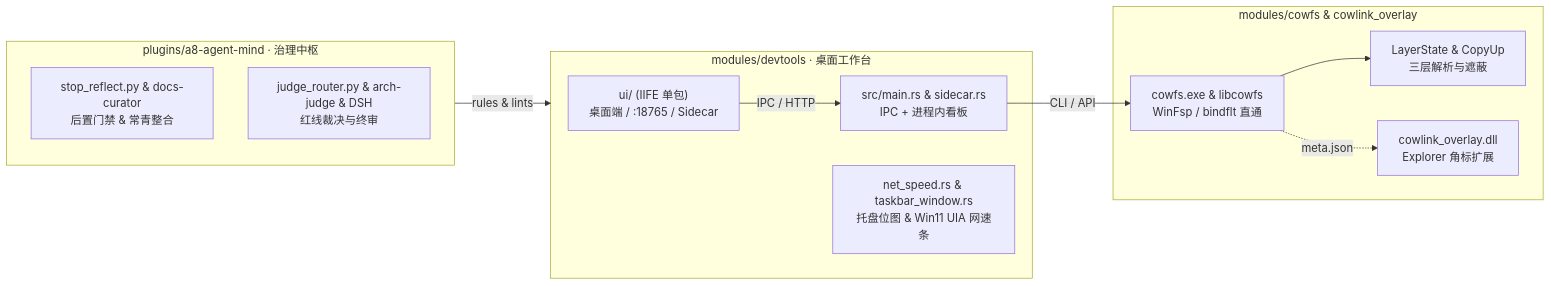
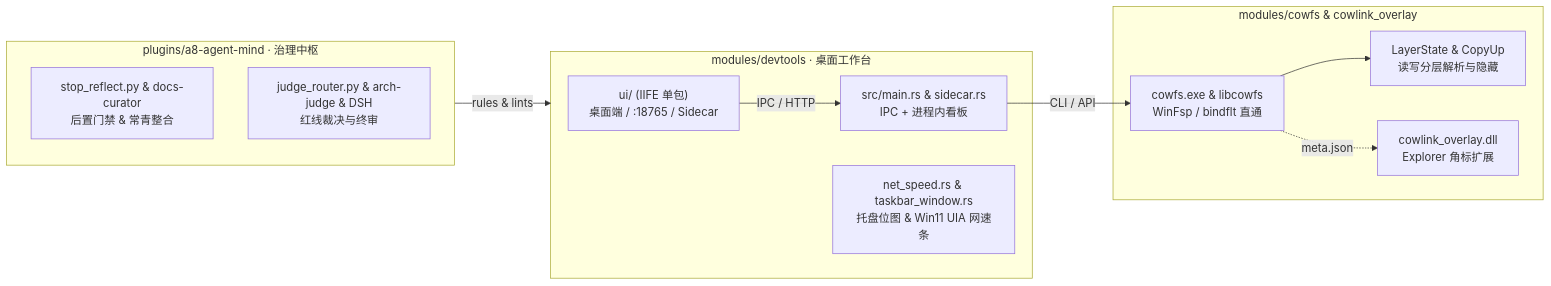
The diagram in AGENTS.md (007slm/a8-devtools), drawn with Mermaid before and after one commit. The commit also changed other lines of this file and 26 other files, not shown here.

````diff
--- a/AGENTS.md
+++ b/AGENTS.md
@@ -10,25 +10,25 @@
 ```mermaid
 flowchart LR
     subgraph DevTools["modules/devtools · 桌面工作台"]
         UI["ui/ (IIFE 单包)<br/>桌面端 / :18765 / Sidecar"]
         TauriCore["src/main.rs & sidecar.rs<br/>IPC + 进程内看板"]
         TrayEngine["net_speed.rs & taskbar_window.rs<br/>托盘位图 & Win11 UIA 网速条"]
     end
 
     subgraph CowFS["modules/cowfs & cowlink_overlay"]
         WinFsp["cowfs.exe & libcowfs<br/>WinFsp / bindflt 直通"]
-        State["LayerState & CopyUp<br/>三层解析与遮蔽"]
+        State["LayerState & CopyUp<br/>读写分层解析与隐藏"]
         Overlay["cowlink_overlay.dll<br/>Explorer 角标扩展"]
     end
 
     subgraph Mind["plugins/a8-agent-mind · 治理中枢"]
         Hooks["stop_reflect.py & docs-curator<br/>后置门禁 & 常青整合"]
         Judge["judge_router.py & arch-judge & DSH<br/>红线裁决与终审"]
     end
 
     UI -->|IPC / HTTP| TauriCore
     TauriCore -->|CLI / API| WinFsp
     WinFsp --> State
     WinFsp -.->|meta.json| Overlay
     Mind -->|rules & lints| DevTools
 ```
````
